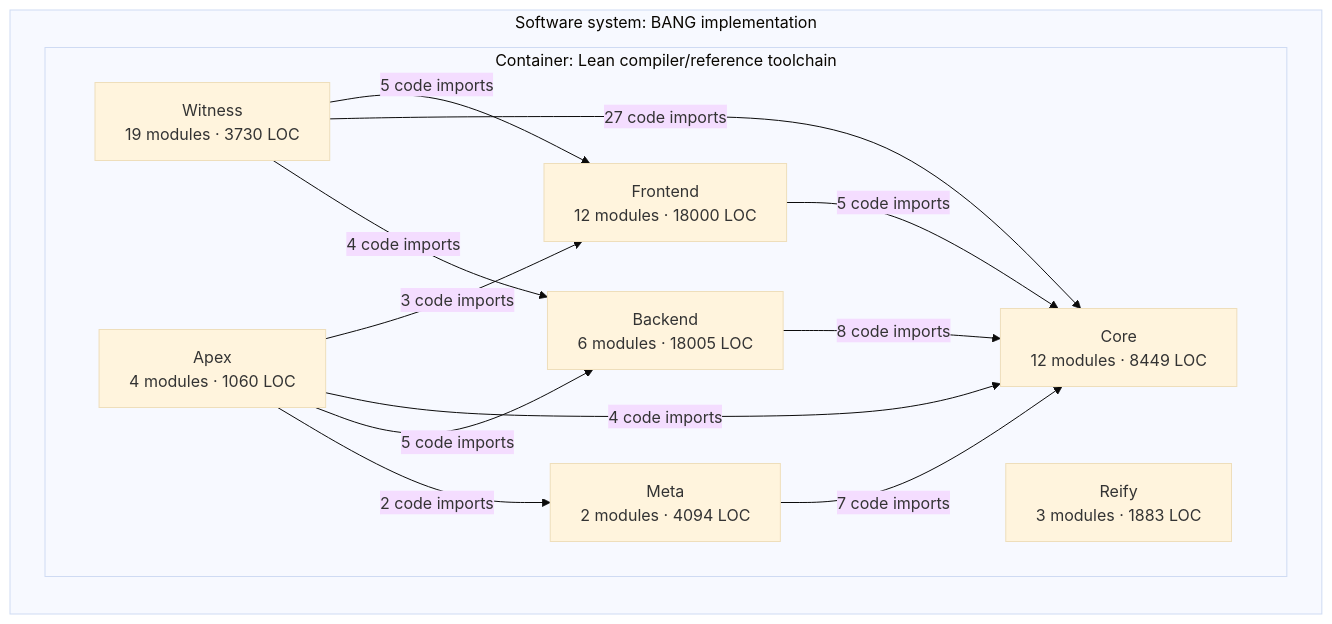
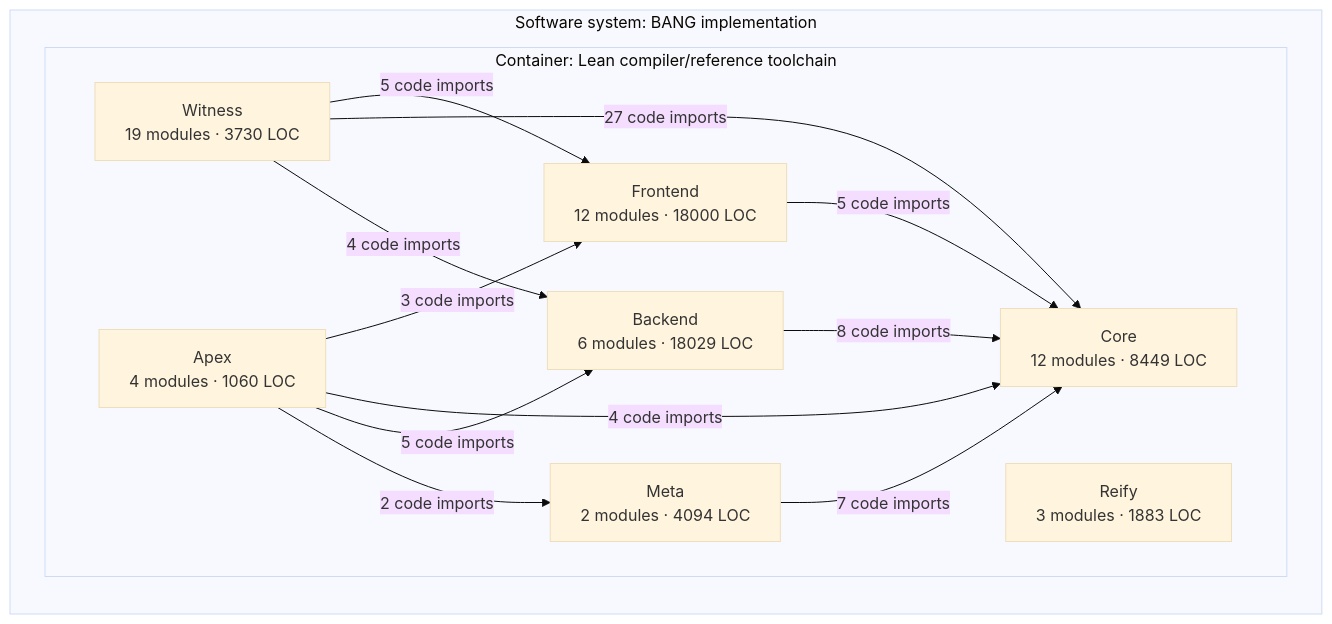
One commit to phibkro/bang changed the third of 3 diagrams in docs/architecture/core-overview.md. Above: the diagram before and after it, drawn with Mermaid (base theme). The commit also changed other lines of this file and 21 other files, not shown here.

````diff
--- a/docs/architecture/core-overview.md
+++ b/docs/architecture/core-overview.md
@@ -160,24 +160,24 @@
 ```mermaid
 flowchart LR
   subgraph system_BANG["Software system: BANG implementation"]
     subgraph container_Lean_toolchain["Container: Lean compiler/reference toolchain"]
       component_Frontend["Frontend<br/>12 modules · 18000 LOC"]
       component_Core["Core<br/>12 modules · 8449 LOC"]
-      component_Backend["Backend<br/>6 modules · 18005 LOC"]
+      component_Backend["Backend<br/>6 modules · 18029 LOC"]
       component_Meta["Meta<br/>2 modules · 4094 LOC"]
       component_Witness["Witness<br/>19 modules · 3730 LOC"]
       component_Reify["Reify<br/>3 modules · 1883 LOC"]
       component_Apex["Apex<br/>4 modules · 1060 LOC"]
     end
   end
   component_Frontend -->|5 code imports| component_Core
   component_Backend -->|8 code imports| component_Core
   component_Meta -->|7 code imports| component_Core
   component_Witness -->|5 code imports| component_Frontend
   component_Witness -->|27 code imports| component_Core
   component_Witness -->|4 code imports| component_Backend
   component_Apex -->|3 code imports| component_Frontend
   component_Apex -->|4 code imports| component_Core
   component_Apex -->|5 code imports| component_Backend
   component_Apex -->|2 code imports| component_Meta
 ```
````
